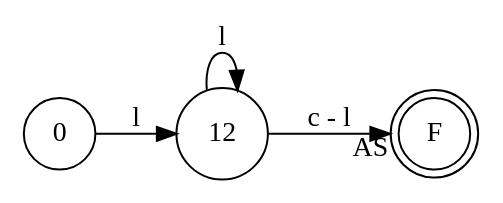
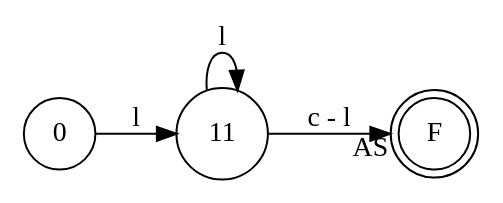
Before and after one commit to iroumec/RouVel-Compiler: the diagram in resources/FA/FADiagrams/reservedWords.dot, drawn with Graphviz. The commit also changed 12 other files, not shown here.

```diff
--- a/resources/FA/FADiagrams/reservedWords.dot
+++ b/resources/FA/FADiagrams/reservedWords.dot
@@ -1,16 +1,15 @@
 digraph DFA {
     rankdir = LR;
     // layout de izquierda a derecha
     
     // Estados normales.
     node [shape = circle;];
     
     // Estado de aceptación.
     F [shape = doublecircle;];
     
-    
-    0 -> 12 [label = "l";];
-    12 -> 12 [label = "l";];
-    12 -> F [label = "c - l"; headlabel = "AS";];
+    0 -> 11 [label = "l";];
+    11 -> 11 [label = "l";];
+    11 -> F [label = "c - l"; headlabel = "AS";];
     // Probar con taillabel, xlabel.
 }
```
